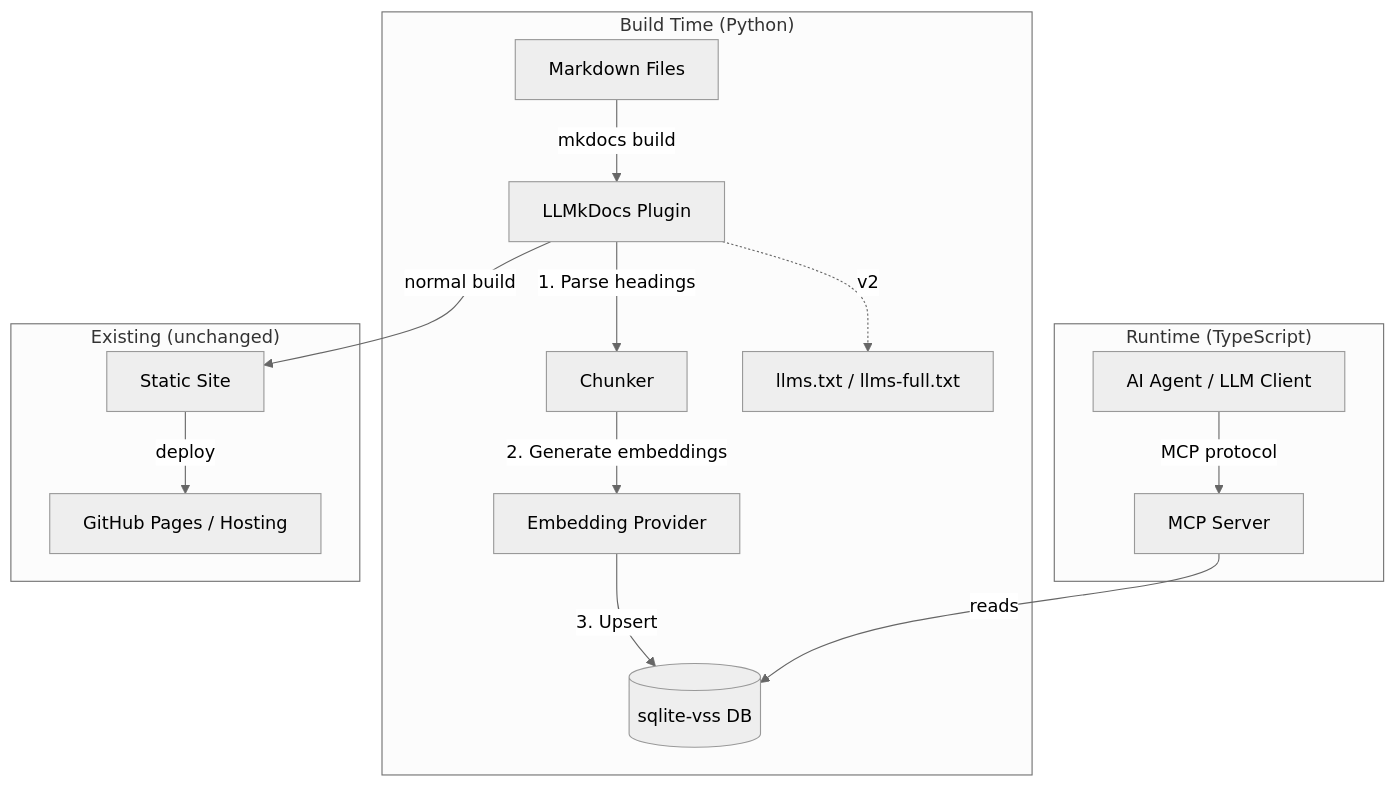
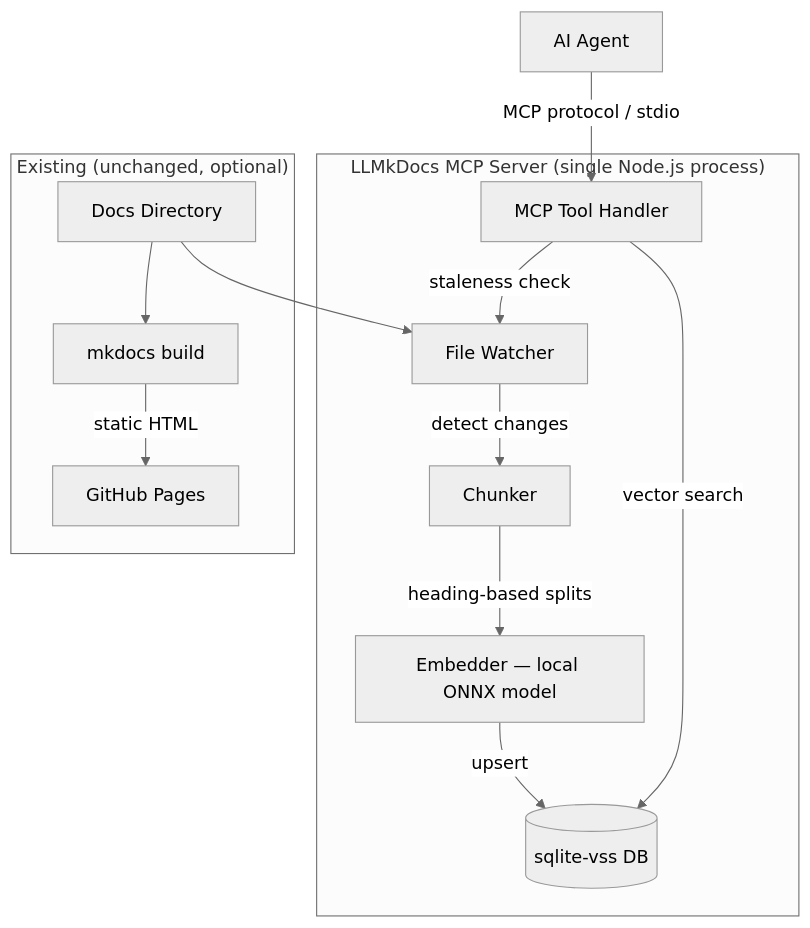
The first of 3 diagrams in docs/projects/llmkdocs/design.md (danhannah94/csdlc-docs), drawn with Mermaid (neutral theme) before and after one commit. The commit also changed other lines of this file, not shown here.

Commit message:
refine: major architecture shift — standalone MCP server, all-TypeScript, decoupled from mkdocs, self-managing indexing, 3 epics for MVP

````diff
--- a/docs/projects/llmkdocs/design.md
+++ b/docs/projects/llmkdocs/design.md
@@ -119,20 +145,18 @@
 ```mermaid
 graph TB
-    subgraph "Build Time (Python)"
-        A[Markdown Files] -->|mkdocs build| B[LLMkDocs Plugin]
-        B -->|1. Parse headings| C[Chunker]
-        C -->|2. Generate embeddings| D[Embedding Provider]
-        D -->|3. Upsert| E[(sqlite-vss DB)]
-        B -.->|v2| F[llms.txt / llms-full.txt]
+    subgraph "LLMkDocs MCP Server (single Node.js process)"
+        A[File Watcher] -->|detect changes| B[Chunker]
+        B -->|heading-based splits| C[Embedder — local ONNX model]
+        C -->|upsert| D[(sqlite-vss DB)]
+        E[MCP Tool Handler] -->|staleness check| A
+        E -->|vector search| D
     end
 
-    subgraph "Runtime (TypeScript)"
-        G[MCP Server] -->|reads| E
-        H[AI Agent / LLM Client] -->|MCP protocol| G
-    end
+    F[AI Agent] -->|MCP protocol / stdio| E
+    G[Docs Directory] --> A
 
-    subgraph "Existing (unchanged)"
-        B -->|normal build| I[Static Site]
-        I -->|deploy| J[GitHub Pages / Hosting]
+    subgraph "Existing (unchanged, optional)"
+        H[mkdocs build] -->|static HTML| I[GitHub Pages]
+        G --> H
     end
 ```
````
